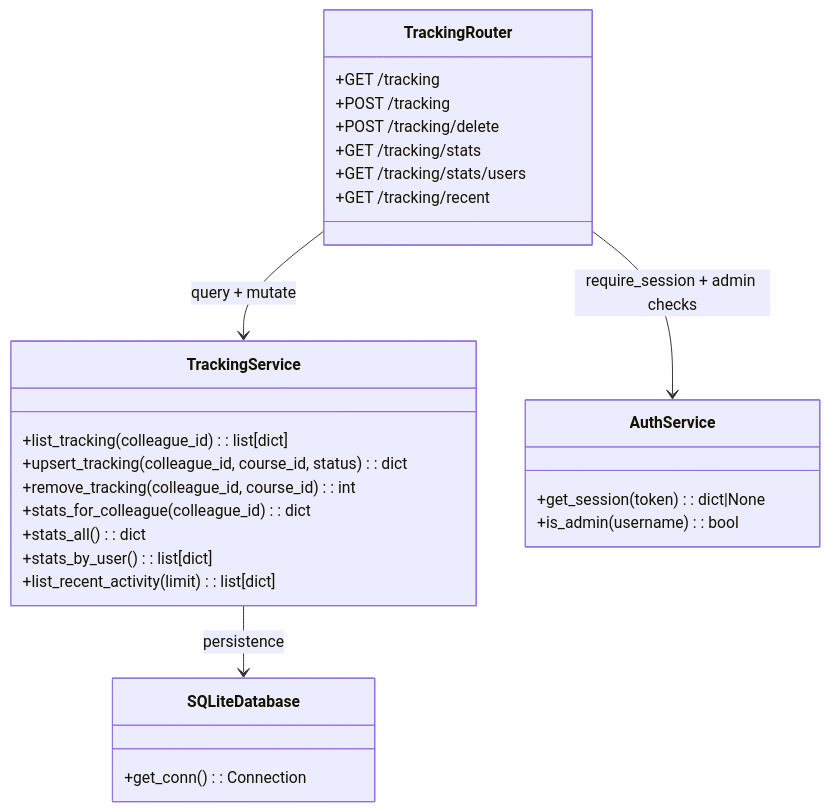
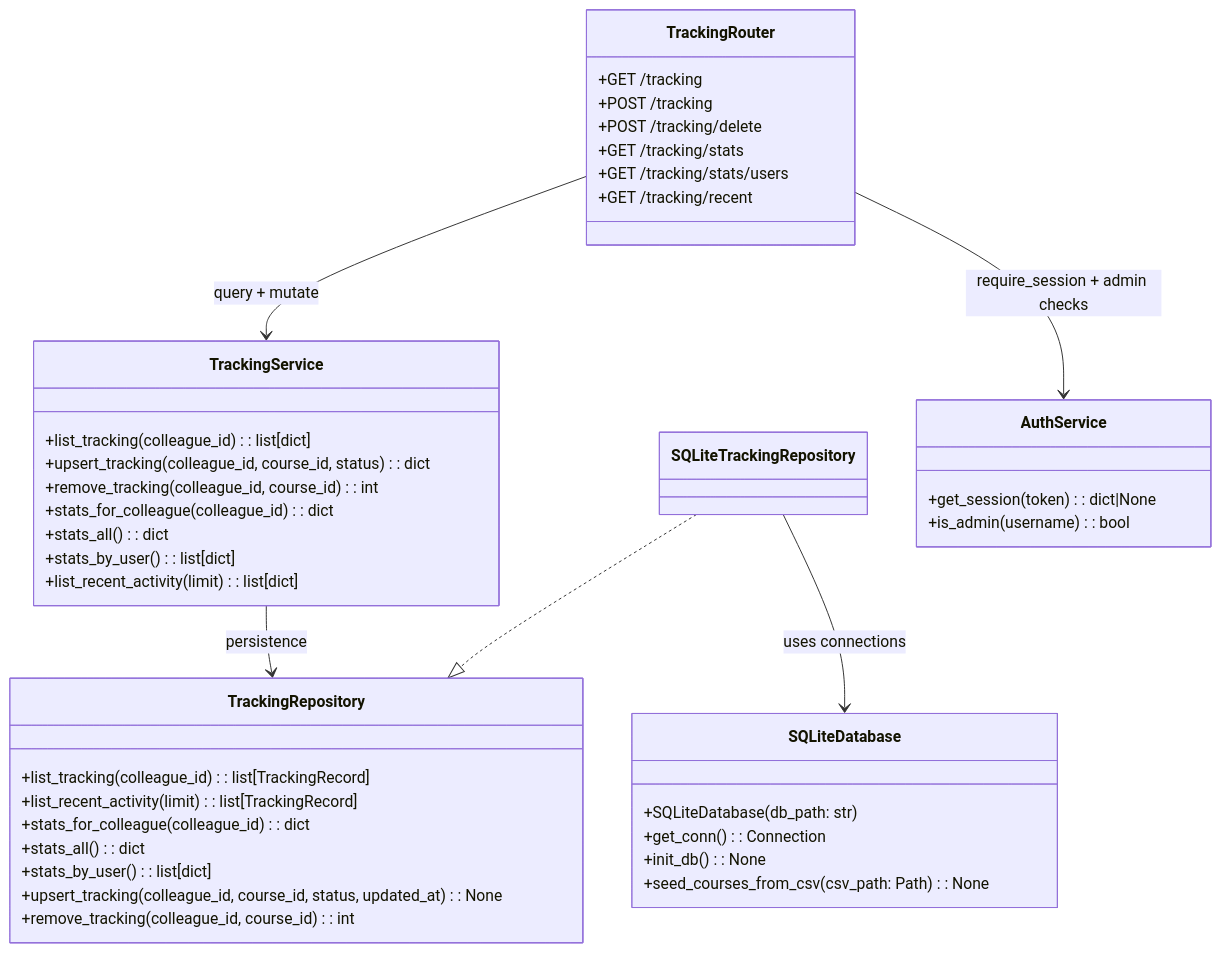
Diagram 12 of 13 in docs/architecture.md (JustinMelger/Upstream), drawn with Mermaid before and after one commit. The commit also changed 8 other files, not shown here.

Commit message:
refactor: tracking according to new architecture

````diff
--- a/docs/architecture.md
+++ b/docs/architecture.md
@@ -439,34 +439,52 @@
 ```mermaid
 classDiagram
   class TrackingRouter {
     +GET /tracking
     +POST /tracking
     +POST /tracking/delete
     +GET /tracking/stats
     +GET /tracking/stats/users
     +GET /tracking/recent
   }
 
   class TrackingService {
     +list_tracking(colleague_id): list[dict]
     +upsert_tracking(colleague_id, course_id, status): dict
     +remove_tracking(colleague_id, course_id): int
     +stats_for_colleague(colleague_id): dict
     +stats_all(): dict
     +stats_by_user(): list[dict]
     +list_recent_activity(limit): list[dict]
   }
 
+  class TrackingRepository {
+    +list_tracking(colleague_id): list[TrackingRecord]
+    +list_recent_activity(limit): list[TrackingRecord]
+    +stats_for_colleague(colleague_id): dict
+    +stats_all(): dict
+    +stats_by_user(): list[dict]
+    +upsert_tracking(colleague_id, course_id, status, updated_at): None
+    +remove_tracking(colleague_id, course_id): int
+  }
+
+  class SQLiteTrackingRepository {
+  }
+
   class AuthService {
     +get_session(token): dict|None
     +is_admin(username): bool
   }
 
   class SQLiteDatabase {
+    +SQLiteDatabase(db_path: str)
     +get_conn(): Connection
+    +init_db(): None
+    +seed_courses_from_csv(csv_path: Path): None
   }
 
   TrackingRouter --> AuthService : require_session + admin checks
   TrackingRouter --> TrackingService : query + mutate
-  TrackingService --> SQLiteDatabase : persistence
+  TrackingService --> TrackingRepository : persistence
+  SQLiteTrackingRepository ..|> TrackingRepository
+  SQLiteTrackingRepository --> SQLiteDatabase : uses connections
 ```
````
